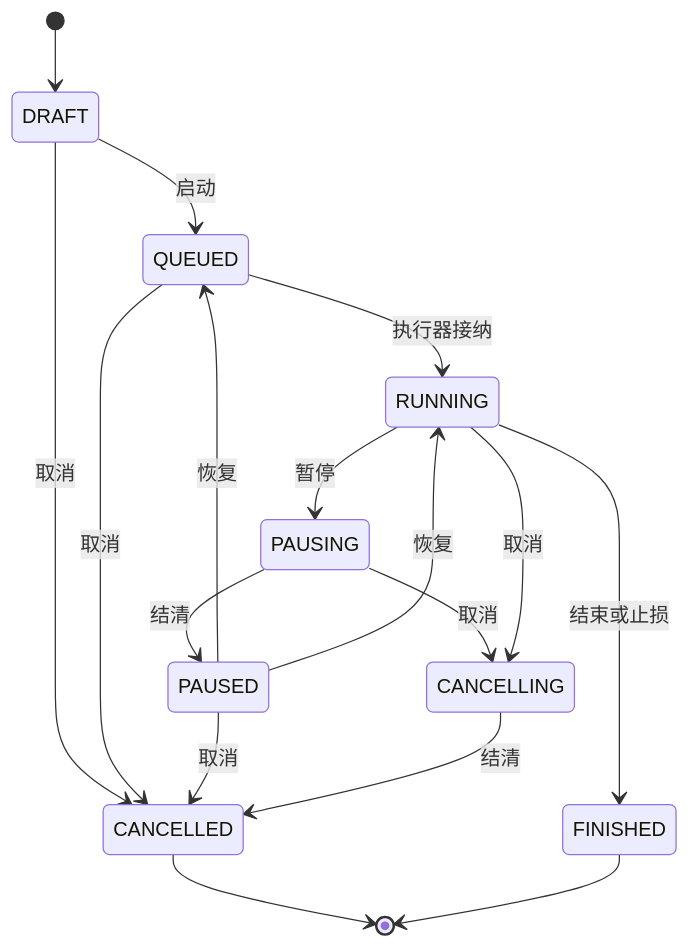
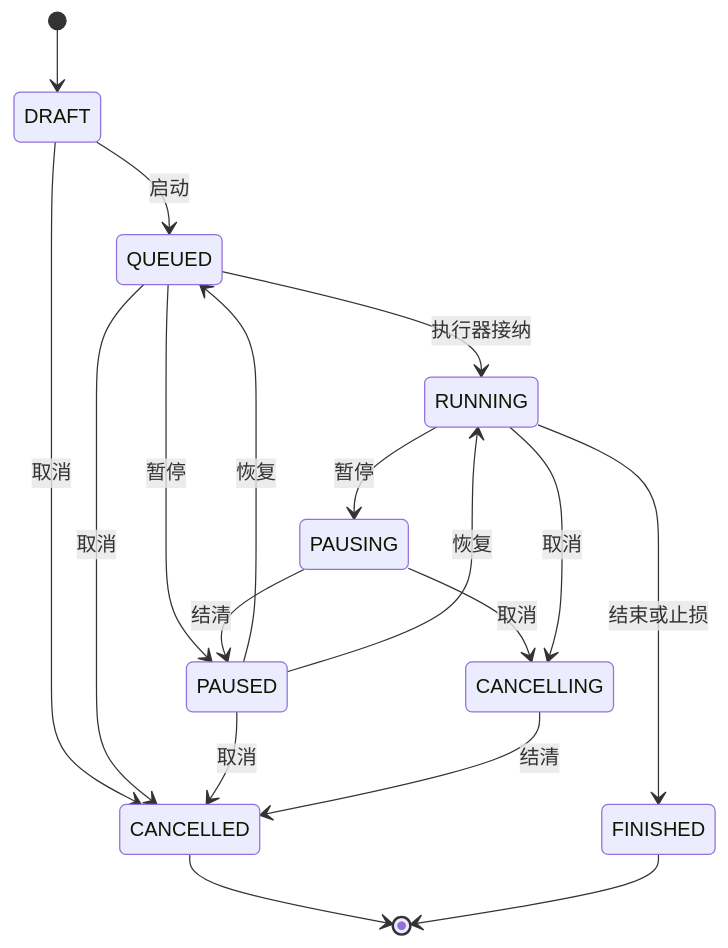
Before and after one commit to xuchaoxin1375/ai-ecom-crawler: the diagram in docs/09-任务状态与计数契约.md, drawn with Mermaid. The commit also changed other lines of this file and 31 other files, not shown here.

````diff
--- a/docs/09-任务状态与计数契约.md
+++ b/docs/09-任务状态与计数契约.md
@@ -94,19 +97,20 @@
 ```mermaid
 stateDiagram-v2
     [*] --> DRAFT
     DRAFT --> QUEUED: 启动
     DRAFT --> CANCELLED: 取消
     QUEUED --> RUNNING: 执行器接纳
+    QUEUED --> PAUSED: 暂停
     QUEUED --> CANCELLED: 取消
     RUNNING --> PAUSING: 暂停
     PAUSING --> PAUSED: 结清
     PAUSING --> CANCELLING: 取消
     PAUSED --> QUEUED: 恢复
     PAUSED --> RUNNING: 恢复
     PAUSED --> CANCELLED: 取消
     RUNNING --> CANCELLING: 取消
     CANCELLING --> CANCELLED: 结清
     RUNNING --> FINISHED: 结束或止损
     CANCELLED --> [*]
     FINISHED --> [*]
 ```
````
